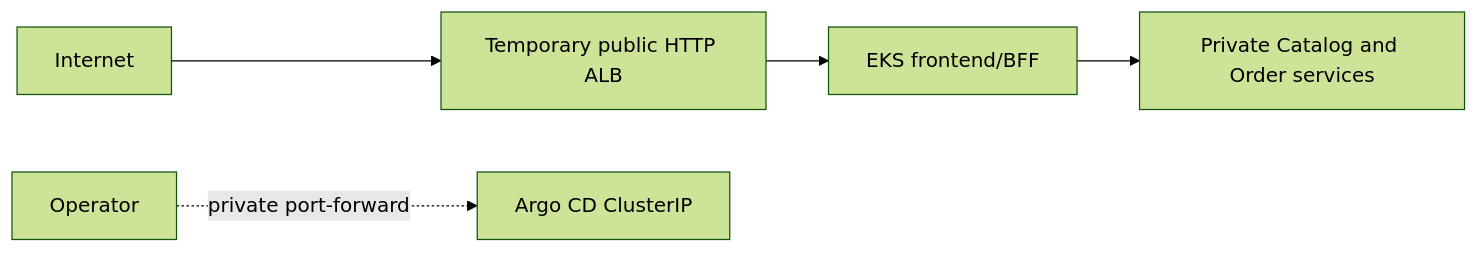
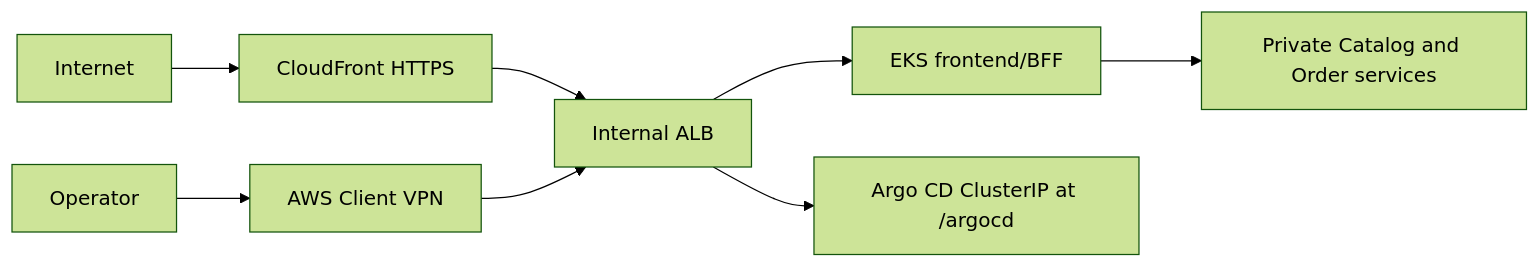
Before and after one commit to MinhKhoa2209/techx-infra: the diagram in README.md, drawn with Mermaid (forest theme). The commit also changed other lines of this file and 34 other files, not shown here.

Commit message:
feat: add custom domain and client vpn infrastructure

````diff
--- a/README.md
+++ b/README.md
@@ -109,7 +188,10 @@
 ```mermaid
 flowchart LR
-  Internet --> ALB[Temporary public HTTP ALB]
+  Internet --> CloudFront[CloudFront HTTPS]
+  CloudFront --> ALB[Internal ALB]
   ALB --> EKS[EKS frontend/BFF]
   EKS --> Private[Private Catalog and Order services]
-  Admin[Operator] -. private port-forward .-> Argo[Argo CD ClusterIP]
+  Admin[Operator] --> VPN[AWS Client VPN]
+  VPN --> ALB
+  ALB --> Argo[Argo CD ClusterIP at /argocd]
 ```
````
